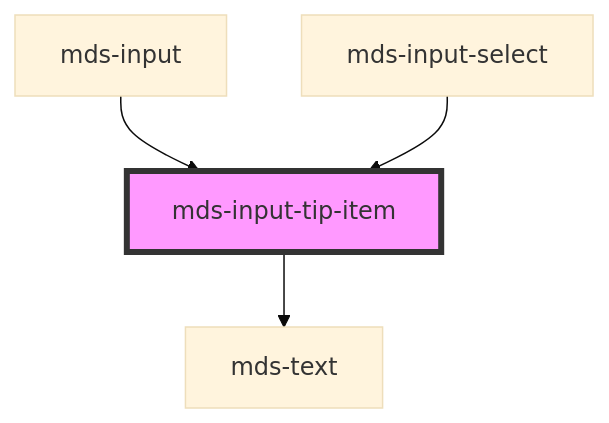
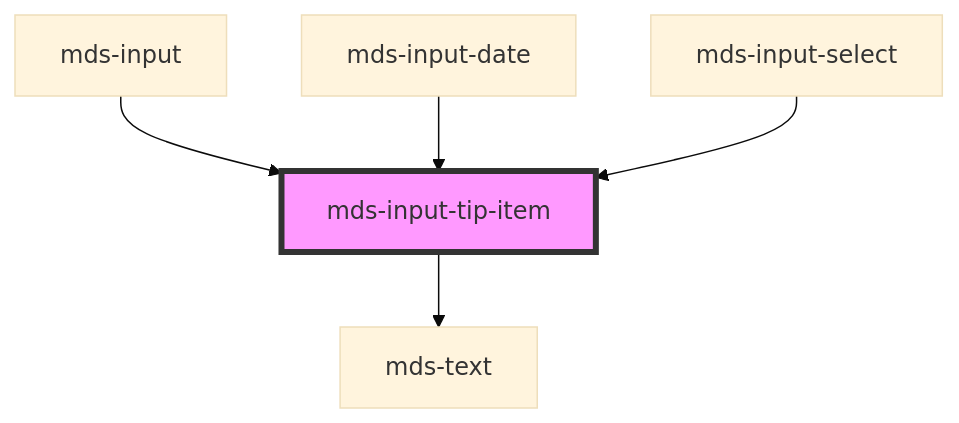
One commit to magma-design-system/magma changed the diagram in projects/stencil/src/components/mds-input-tip-item/readme.md. Above: the diagram before and after it, drawn with Mermaid (base theme). The commit also changed other lines of this file and 7 other files, not shown here.

Commit message:
feat(mds-input-date): add required and disabled attribute

````diff
--- a/projects/stencil/src/components/mds-input-tip-item/readme.md
+++ b/projects/stencil/src/components/mds-input-tip-item/readme.md
@@ -50,7 +51,8 @@
 ```mermaid
 graph TD;
   mds-input-tip-item --> mds-text
   mds-input --> mds-input-tip-item
+  mds-input-date --> mds-input-tip-item
   mds-input-select --> mds-input-tip-item
   style mds-input-tip-item fill:#f9f,stroke:#333,stroke-width:4px
 ```
````
